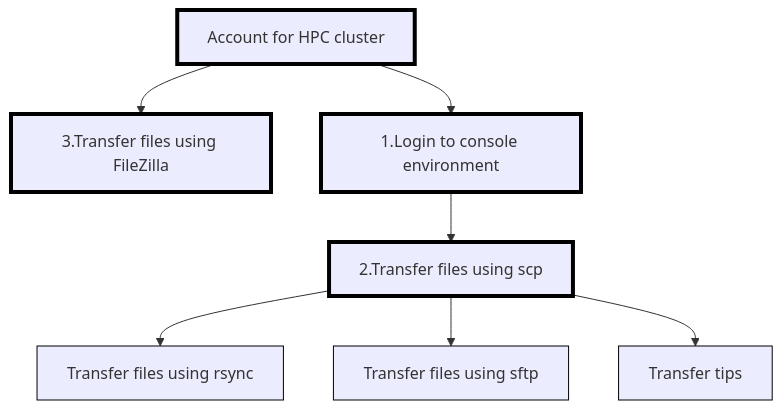
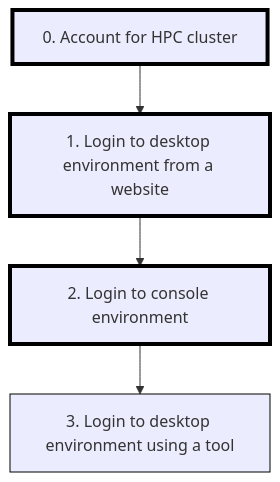
One commit to UPPMAX/naiss_file_transfer_course changed the diagram in docs/sessions/intro_connect.md. Above: the diagram before and after it, drawn with Mermaid. The commit also changed other lines of this file and 1 other file, not shown here.

Commit message:
Start of intro to connect

````diff
--- a/docs/sessions/intro_connect.md
+++ b/docs/sessions/intro_connect.md
@@ -45,21 +45,16 @@
 ```mermaid
 flowchart TD
 
   classDef always stroke:#000,stroke-width:4px;
   classDef optional stroke:#000,stroke-width:1px;
 
-  account[Account for HPC cluster]:::always
-  filezilla[3.Transfer files using FileZilla]:::always
-  login_console[1.Login to console environment]:::always
-  scp[2.Transfer files using scp]:::always
-  rsync[Transfer files using rsync]:::optional
-  sftp[Transfer files using sftp]:::optional
-  transfer_tips[Transfer tips]:::optional
+  account[0. Account for HPC cluster]:::always
+  login_desktop_website[1. Login to desktop environment from a website]:::always
+  login_console[2. Login to console environment]:::always
+  login_desktop_tool[3. Login to desktop environment using a tool]:::optional
 
-  account --> filezilla
-  account --> login_console
-  login_console --> scp
-  scp --> rsync
-  scp --> sftp
-  scp --> transfer_tips
+
+  account --> login_desktop_website
+  login_desktop_website --> login_console
+  login_console --> login_desktop_tool
 ```
````
